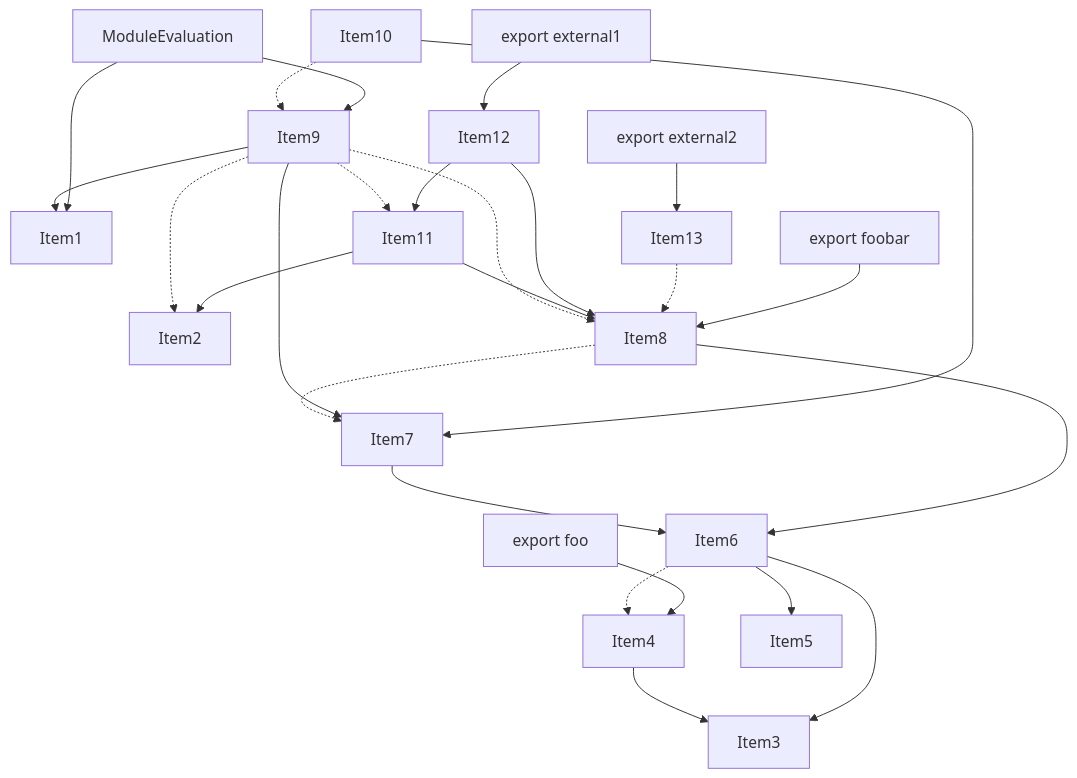
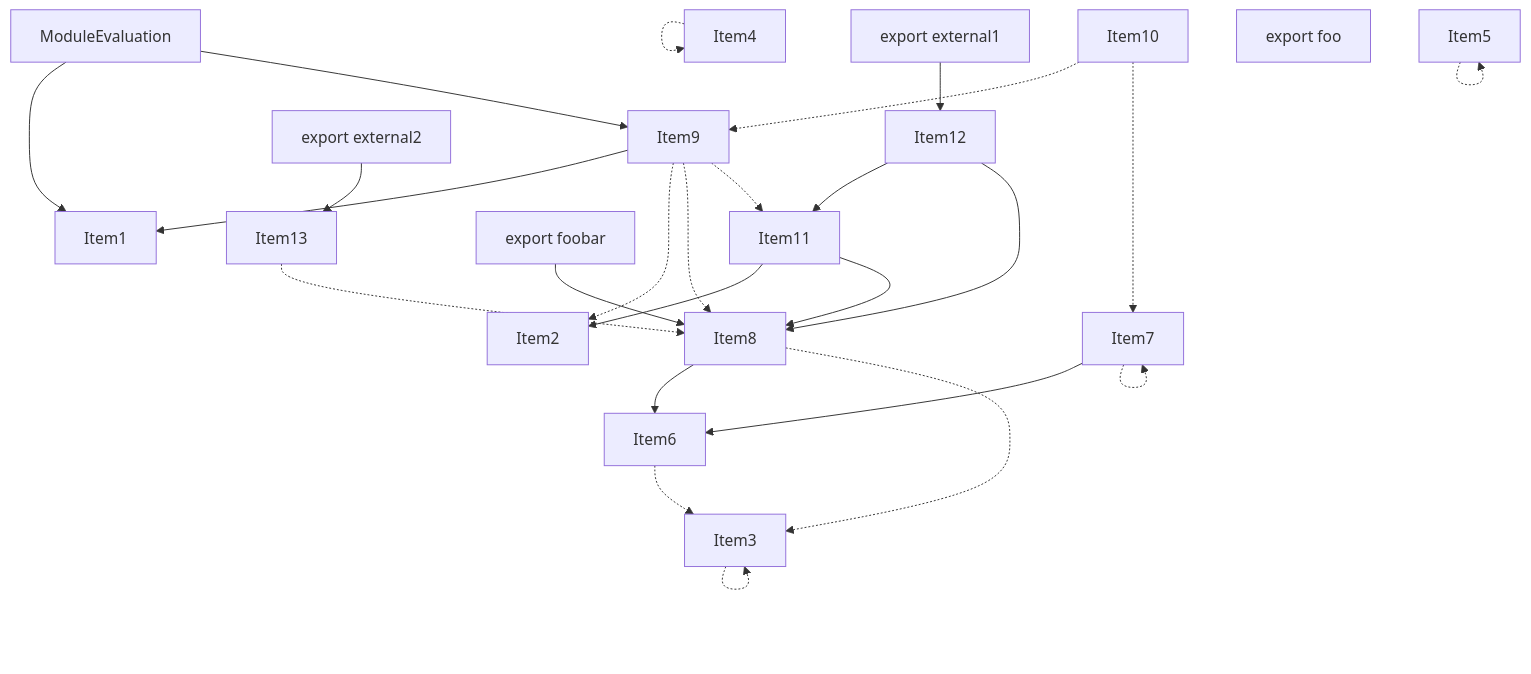
Before and after one commit to vercel/turborepo: the fourth of 5 diagrams in crates/turbopack-ecmascript/tests/tree-shaker/analyzer/1/output.md, drawn with Mermaid. The commit also changed other lines of this file and 20 other files, not shown here.

````diff
--- a/crates/turbopack-ecmascript/tests/tree-shaker/analyzer/1/output.md
+++ b/crates/turbopack-ecmascript/tests/tree-shaker/analyzer/1/output.md
@@ -264,51 +264,50 @@
 ```mermaid
 graph TD
     Item1;
     Item2;
     Item3;
     Item4;
     Item5;
     Item6;
     Item7;
     Item8;
     Item9;
     Item10;
     Item11;
     Item12;
     Item13;
     Item14;
     Item14["ModuleEvaluation"];
     Item15;
     Item15["export foobar"];
     Item16;
     Item16["export foo"];
     Item17;
     Item17["export external1"];
     Item18;
     Item18["export external2"];
-    Item4 --> Item3;
-    Item6 --> Item5;
-    Item6 --> Item3;
-    Item6 -.-> Item4;
+    Item3 -.-> Item3;
+    Item4 -.-> Item4;
+    Item5 -.-> Item5;
+    Item6 -.-> Item3;
     Item7 --> Item6;
+    Item7 -.-> Item7;
     Item8 --> Item6;
-    Item8 -.-> Item7;
-    Item9 --> Item7;
+    Item8 -.-> Item3;
     Item9 --> Item1;
     Item9 -.-> Item2;
     Item9 -.-> Item8;
     Item9 -.-> Item11;
-    Item10 --> Item7;
     Item10 -.-> Item9;
+    Item10 -.-> Item7;
     Item11 --> Item2;
     Item11 --> Item8;
     Item12 --> Item11;
     Item12 --> Item8;
     Item13 -.-> Item8;
     Item14 --> Item1;
     Item14 --> Item9;
     Item15 --> Item8;
-    Item16 --> Item4;
     Item17 --> Item12;
     Item18 --> Item13;
 ```
````
